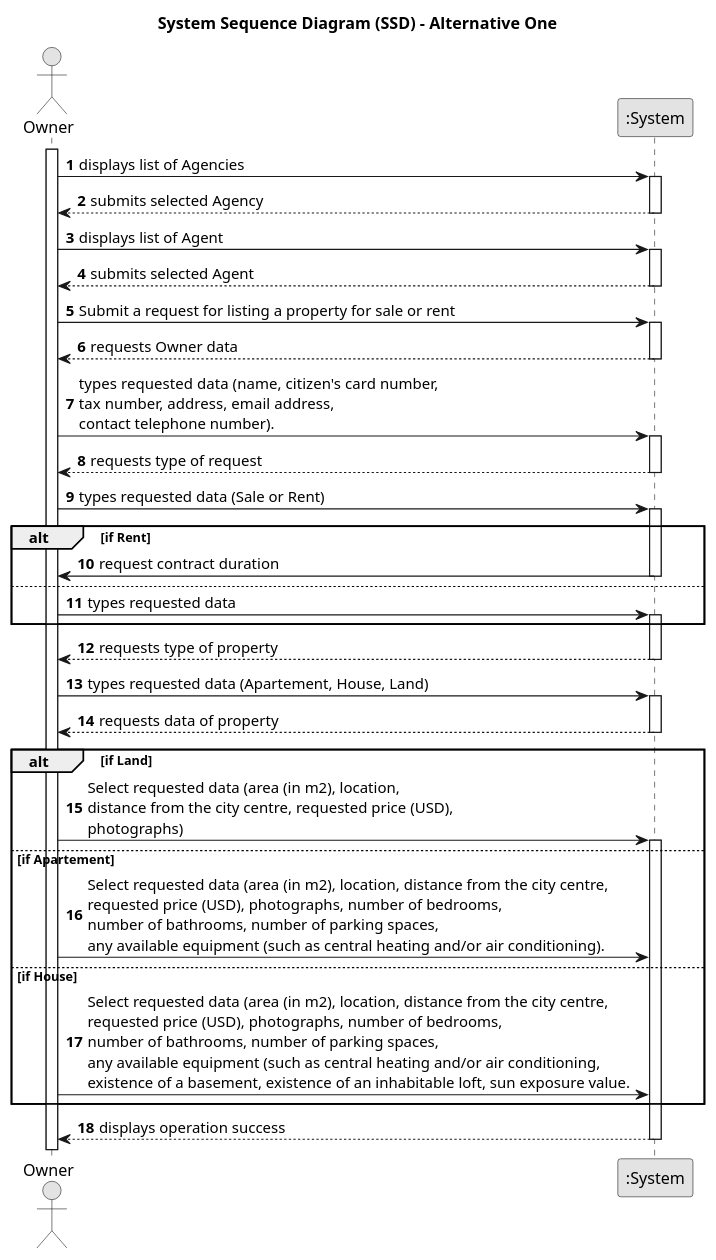
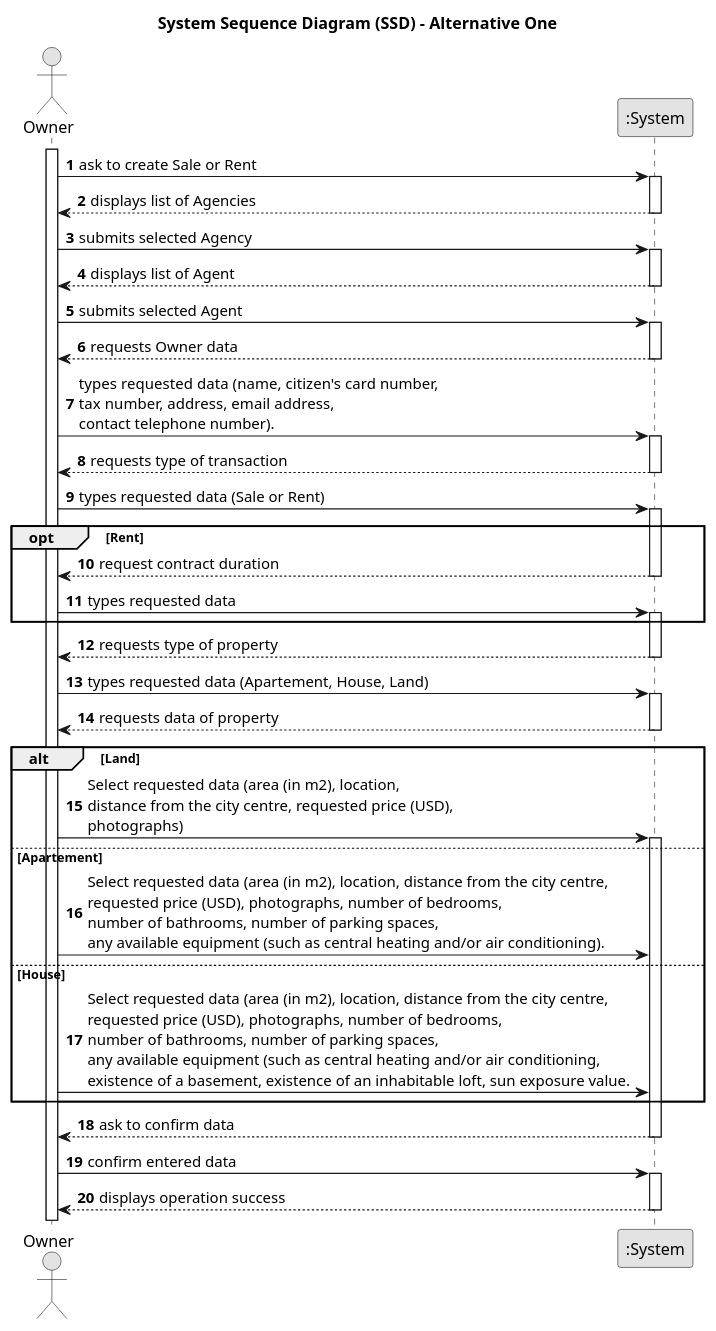
Before and after one commit to Goncalves2525/real-estate-management-system: the diagram in docs/sprintB/us004/01.requirements-engineering/puml/us004-system-sequence-diagram-alternative-one.puml, drawn with PlantUML. The commit also changed 20 other files, not shown here.

```diff
--- a/docs/sprintB/us004/01.requirements-engineering/puml/us004-system-sequence-diagram-alternative-one.puml
+++ b/docs/sprintB/us004/01.requirements-engineering/puml/us004-system-sequence-diagram-alternative-one.puml
@@ -1,76 +1,82 @@
 @startuml
 skinparam monochrome true
 skinparam packageStyle rectangle
 skinparam shadowing false
 
 title System Sequence Diagram (SSD) - Alternative One
 
 autonumber
 
 actor "Owner" as Owner
 participant ":System" as System
 
 activate Owner
 
-        Owner -> System : displays list of Agencies
+        Owner -> System : ask to create Sale or Rent
     activate System
 
-        System --> Owner :submits selected Agency
-    deactivate System
+        System --> Owner : displays list of Agencies
+    deactivate  System
 
-        Owner -> System :displays list of Agent
-     activate System
+        Owner -> System :submits selected Agency
+    activate System
 
-        System --> Owner: submits selected Agent
+        System --> Owner :displays list of Agent
      deactivate System
 
-        Owner -> System : Submit a request for listing a property for sale or rent
-    activate System
+        Owner -> System : submits selected Agent
+     activate System
 
         System --> Owner : requests Owner data
     deactivate System
 
         Owner -> System : types requested data (name, citizen's card number, \ntax number, address, email address, \ncontact telephone number).
     activate System
 
-        System --> Owner : requests type of request
+        System --> Owner : requests type of transaction
     deactivate System
 
 
         Owner -> System : types requested data (Sale or Rent)
     activate System
 
 
-    alt if Rent
+    opt Rent
 
-        System -> Owner: request contract duration
+        System --> Owner: request contract duration
         deactivate System
-    else
+
         Owner -> System: types requested data
         activate System
     end
 
         System --> Owner : requests type of property
     deactivate System
 
         Owner -> System : types requested data (Apartement, House, Land)
     activate System
 
             System --> Owner : requests data of property
     deactivate System
 
-    alt if Land
+    alt  Land
 
         Owner -> System: Select requested data (area (in m2), location, \ndistance from the city centre, requested price (USD), \nphotographs)
     activate System
-    else if Apartement
+    else  Apartement
         Owner -> System: Select requested data (area (in m2), location, distance from the city centre, \nrequested price (USD), photographs, number of bedrooms,\nnumber of bathrooms, number of parking spaces,\nany available equipment (such as central heating and/or air conditioning).
-    else if House
+    else  House
         Owner -> System: Select requested data (area (in m2), location, distance from the city centre, \nrequested price (USD), photographs, number of bedrooms,\nnumber of bathrooms, number of parking spaces,\nany available equipment (such as central heating and/or air conditioning, \nexistence of a basement, existence of an inhabitable loft, sun exposure value.
     end
+
+            System --> Owner : ask to confirm data
+    deactivate System
+
+            Owner -> System: confirm entered data
+    activate System
 
         System --> Owner : displays operation success
     deactivate System
 
 
 @enduml
```
